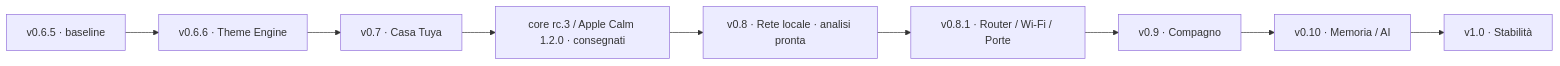
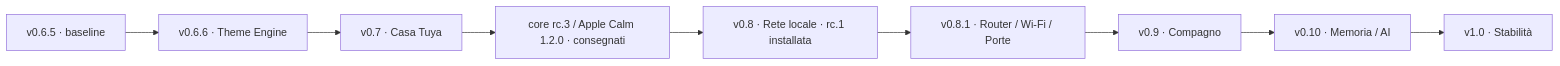
One commit to GiDanis/desk-pulse changed the diagram in dashboard/design/release-masterplan.md. Above: the diagram before and after it, drawn with Mermaid. The commit also changed other lines of this file and 136 other files, not shown here.

````diff
--- a/dashboard/design/release-masterplan.md
+++ b/dashboard/design/release-masterplan.md
@@ -80,11 +81,11 @@
 ```mermaid
 flowchart LR
   A["v0.6.5 · baseline"] --> B["v0.6.6 · Theme Engine"]
   B --> C["v0.7 · Casa Tuya"]
   C --> P["core rc.3 / Apple Calm 1.2.0 · consegnati"]
-  P --> D["v0.8 · Rete locale · analisi pronta"]
+  P --> D["v0.8 · Rete locale · rc.1 installata"]
   D --> H["v0.8.1 · Router / Wi-Fi / Porte"]
   H --> E["v0.9 · Compagno"]
   E --> F["v0.10 · Memoria / AI"]
   F --> G["v1.0 · Stabilità"]
 ```
````
